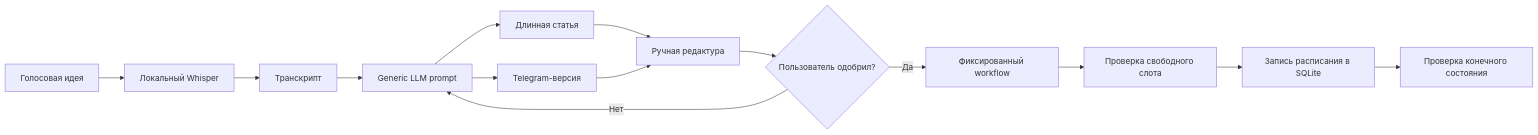
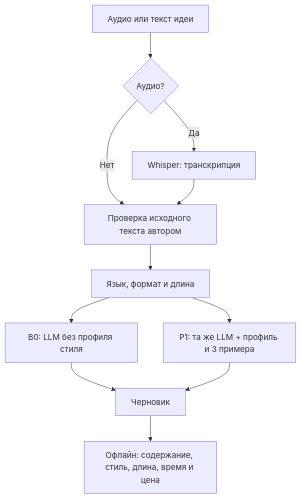
The diagram in docs/ml_system_design_doc.md (IGragon/voice-to-blog), drawn with Mermaid before and after one commit. The commit also changed other lines of this file and 6 other files, not shown here.

````diff
--- a/docs/ml_system_design_doc.md
+++ b/docs/ml_system_design_doc.md
@@ -219,16 +38,13 @@
 ```mermaid
-flowchart LR
-    A[Голосовая идея] --> B[Локальный Whisper]
-    B --> C[Транскрипт]
-    C --> D[Generic LLM prompt]
-    D --> E[Длинная статья]
-    D --> F[Telegram-версия]
-    E --> G[Ручная редактура]
-    F --> G
-    G --> H{Пользователь одобрил?}
-    H -- Нет --> D
-    H -- Да --> I[Фиксированный workflow]
-    I --> J[Проверка свободного слота]
-    J --> K[Запись расписания в SQLite]
-    K --> L[Проверка конечного состояния]
+flowchart TD
+    A[Аудио или текст идеи] --> B{Аудио?}
+    B -->|Да| C[Whisper: транскрипция]
+    B -->|Нет| D[Проверка исходного текста автором]
+    C --> D
+    D --> E[Язык, формат и длина]
+    E --> F[B0: LLM без профиля стиля]
+    E --> G[P1: та же LLM + профиль и 3 примера]
+    F --> H[Черновик]
+    G --> H
+    H --> I[Офлайн: содержание, стиль, длина, время и цена]
 ```
````
